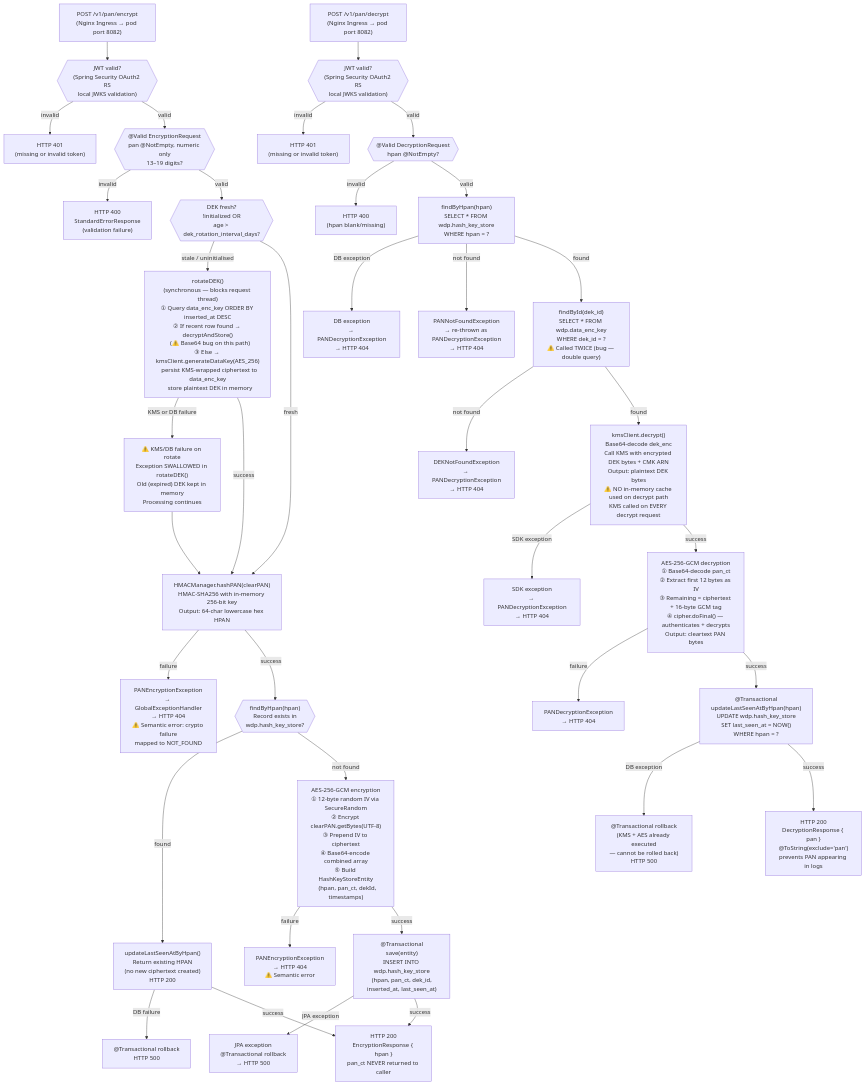
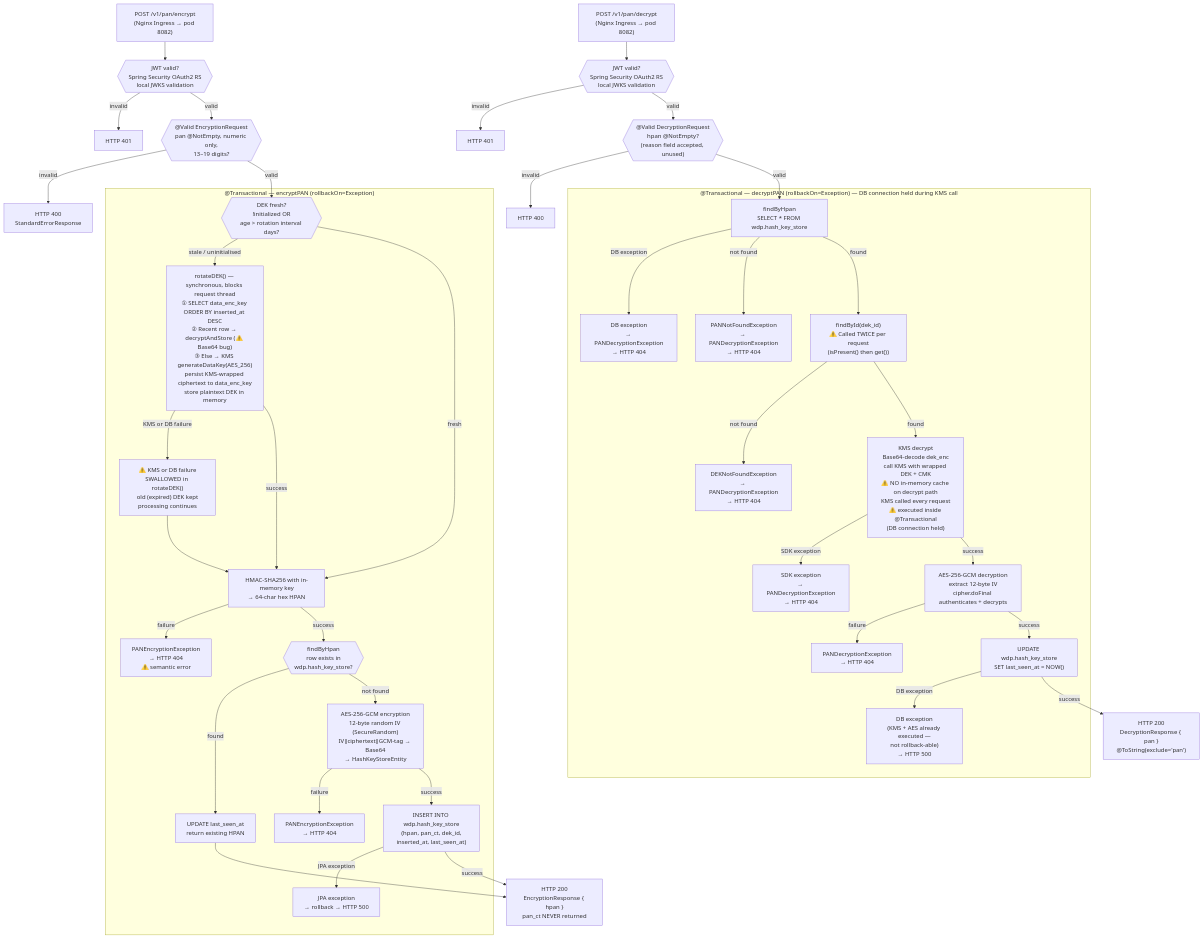
The diagram in components/WDP-COMP-35-ENCRYPTION-SERVICE.md (Ramas0409/DISPUTE-DOCUMENTS), drawn with Mermaid before and after one commit. The commit also changed other lines of this file and 13 other files, not shown here.

````diff
--- a/components/WDP-COMP-35-ENCRYPTION-SERVICE.md
+++ b/components/WDP-COMP-35-ENCRYPTION-SERVICE.md
@@ -60,67 +62,61 @@
 ```mermaid
 flowchart TD
 
-    %% ── ENTRY POINTS ──────────────────────────────────────────
-    IN_ENC["POST /v1/pan/encrypt\n(Nginx Ingress → pod port 8082)"]
-    IN_DEC["POST /v1/pan/decrypt\n(Nginx Ingress → pod port 8082)"]
+    %% ── ENTRY POINTS ─────────────────────────────────────────
+    IN_ENC["POST /v1/pan/encrypt<br/>(Nginx Ingress → pod 8082)"]
+    IN_DEC["POST /v1/pan/decrypt<br/>(Nginx Ingress → pod 8082)"]
 
-    %% ── SHARED AUTH ───────────────────────────────────────────
-    JWT_ENC{{"JWT valid?\n(Spring Security OAuth2 RS\nlocal JWKS validation)"}}
-    JWT_DEC{{"JWT valid?\n(Spring Security OAuth2 RS\nlocal JWKS validation)"}}
-    HTTP401_ENC["HTTP 401\n(missing or invalid token)"]
-    HTTP401_DEC["HTTP 401\n(missing or invalid token)"]
+    %% ── SHARED AUTH ──────────────────────────────────────────
+    JWT_ENC{{"JWT valid?<br/>Spring Security OAuth2 RS<br/>local JWKS validation"}}
+    JWT_DEC{{"JWT valid?<br/>Spring Security OAuth2 RS<br/>local JWKS validation"}}
+    HTTP401_ENC["HTTP 401"]
+    HTTP401_DEC["HTTP 401"]
 
     %% ══════════════════════════════════════════════════════════
     %% PATH 1 — ENCRYPT
     %% ══════════════════════════════════════════════════════════
-    VAL_ENC{{"@Valid EncryptionRequest\npan @NotEmpty, numeric only\n13–19 digits?"}}
-    HTTP400_ENC["HTTP 400\nStandardErrorResponse\n(validation failure)"]
+    VAL_ENC{{"@Valid EncryptionRequest<br/>pan @NotEmpty, numeric only,<br/>13–19 digits?"}}
+    HTTP400_ENC["HTTP 400<br/>StandardErrorResponse"]
 
-    DEK_FRESH{{"DEK fresh?\n!initialized OR\nage > dek_rotation_interval_days?"}}
+    subgraph TX_ENC["@Transactional — encryptPAN (rollbackOn=Exception)"]
+        DEK_FRESH{{"DEK fresh?<br/>!initialized OR<br/>age &gt; rotation interval days?"}}
+        ROTATE["rotateDEK() — synchronous, blocks request thread<br/>① SELECT data_enc_key ORDER BY inserted_at DESC<br/>② Recent row → decryptAndStore (⚠️ Base64 bug)<br/>③ Else → KMS generateDataKey(AES_256)<br/>persist KMS-wrapped ciphertext to data_enc_key<br/>store plaintext DEK in memory"]
+        ROTATE_FAIL["⚠️ KMS or DB failure<br/>SWALLOWED in rotateDEK()<br/>old (expired) DEK kept<br/>processing continues"]
+        HMAC["HMAC-SHA256 with in-memory key<br/>→ 64-char hex HPAN"]
+        HMAC_FAIL["PANEncryptionException<br/>→ HTTP 404<br/>⚠️ semantic error"]
+        IDEM{{"findByHpan<br/>row exists in<br/>wdp.hash_key_store?"}}
+        IDEM_HIT["UPDATE last_seen_at<br/>return existing HPAN"]
+        AES_ENC["AES-256-GCM encryption<br/>12-byte random IV (SecureRandom)<br/>IV‖ciphertext‖GCM-tag → Base64<br/>→ HashKeyStoreEntity"]
+        AES_ENC_FAIL["PANEncryptionException<br/>→ HTTP 404"]
+        PERSIST_ENC["INSERT INTO wdp.hash_key_store<br/>(hpan, pan_ct, dek_id,<br/>inserted_at, last_seen_at)"]
+        PERSIST_FAIL["JPA exception<br/>→ rollback → HTTP 500"]
+    end
 
-    ROTATE["rotateDEK()\n(synchronous — blocks request thread)\n① Query data_enc_key ORDER BY inserted_at DESC\n② If recent row found → decryptAndStore()\n   (⚠️ Base64 bug on this path)\n③ Else → kmsClient.generateDataKey(AES_256)\n   persist KMS-wrapped ciphertext to data_enc_key\n   store plaintext DEK in memory"]
-    ROTATE_FAIL["⚠️ KMS/DB failure on rotate\nException SWALLOWED in rotateDEK()\nOld (expired) DEK kept in memory\nProcessing continues"]
-
-    HMAC["HMACManager.hashPAN(clearPAN)\nHMAC-SHA256 with in-memory 256-bit key\nOutput: 64-char lowercase hex HPAN"]
-    HMAC_FAIL["PANEncryptionException\n→ GlobalExceptionHandler\n→ HTTP 404\n⚠️ Semantic error: crypto failure\nmapped to NOT_FOUND"]
-
-    IDEM{{"findByHpan(hpan)\nRecord exists in\nwdp.hash_key_store?"}}
-    IDEM_HIT["updateLastSeenAtByHpan()\nReturn existing HPAN\n(no new ciphertext created)\nHTTP 200"]
-    IDEM_HIT_FAIL["@Transactional rollback\nHTTP 500"]
-
-    AES_ENC["AES-256-GCM encryption\n① 12-byte random IV via SecureRandom\n② Encrypt clearPAN.getBytes(UTF-8)\n③ Prepend IV to ciphertext\n④ Base64-encode combined array\n⑤ Build HashKeyStoreEntity\n   (hpan, pan_ct, dekId, timestamps)"]
-    AES_ENC_FAIL["PANEncryptionException\n→ HTTP 404\n⚠️ Semantic error"]
-
-    PERSIST_ENC["@Transactional\nsave(entity)\nINSERT INTO wdp.hash_key_store\n(hpan, pan_ct, dek_id,\ninserted_at, last_seen_at)"]
-    PERSIST_FAIL["JPA exception\n@Transactional rollback\n→ HTTP 500"]
-
-    RESP_ENC["HTTP 200\nEncryptionResponse { hpan }\npan_ct NEVER returned to caller"]
+    RESP_ENC["HTTP 200<br/>EncryptionResponse { hpan }<br/>pan_ct NEVER returned"]
 
     %% ══════════════════════════════════════════════════════════
     %% PATH 2 — DECRYPT
     %% ══════════════════════════════════════════════════════════
-    VAL_DEC{{"@Valid DecryptionRequest\nhpan @NotEmpty?"}}
-    HTTP400_DEC["HTTP 400\n(hpan blank/missing)"]
+    VAL_DEC{{"@Valid DecryptionRequest<br/>hpan @NotEmpty?<br/>(reason field accepted, unused)"}}
+    HTTP400_DEC["HTTP 400"]
 
-    LOOKUP_HPAN["findByHpan(hpan)\nSELECT * FROM wdp.hash_key_store\nWHERE hpan = ?"]
-    LOOKUP_HPAN_MISS["PANNotFoundException\n→ re-thrown as PANDecryptionException\n→ HTTP 404"]
-    LOOKUP_HPAN_DBFAIL["DB exception\n→ PANDecryptionException\n→ HTTP 404"]
+    subgraph TX_DEC["@Transactional — decryptPAN (rollbackOn=Exception) — DB connection held during KMS call"]
+        LOOKUP_HPAN["findByHpan<br/>SELECT * FROM wdp.hash_key_store"]
+        LOOKUP_HPAN_MISS["PANNotFoundException<br/>→ PANDecryptionException<br/>→ HTTP 404"]
+        LOOKUP_HPAN_DBFAIL["DB exception<br/>→ PANDecryptionException<br/>→ HTTP 404"]
+        LOOKUP_DEK["findById(dek_id)<br/>⚠️ Called TWICE per request<br/>(isPresent() then get())"]
+        LOOKUP_DEK_MISS["DEKNotFoundException<br/>→ PANDecryptionException<br/>→ HTTP 404"]
+        KMS_DEC["KMS decrypt<br/>Base64-decode dek_enc<br/>call KMS with wrapped DEK + CMK<br/>⚠️ NO in-memory cache on decrypt path<br/>KMS called every request<br/>⚠️ executed inside @Transactional<br/>(DB connection held)"]
+        KMS_DEC_FAIL["SDK exception<br/>→ PANDecryptionException<br/>→ HTTP 404"]
+        AES_DEC["AES-256-GCM decryption<br/>extract 12-byte IV<br/>cipher.doFinal authenticates + decrypts"]
+        AES_DEC_FAIL["PANDecryptionException<br/>→ HTTP 404"]
+        TOUCH["UPDATE wdp.hash_key_store<br/>SET last_seen_at = NOW()"]
+        TOUCH_FAIL["DB exception<br/>(KMS + AES already executed —<br/>not rollback-able)<br/>→ HTTP 500"]
+    end
 
-    LOOKUP_DEK["findById(dek_id)\nSELECT * FROM wdp.data_enc_key\nWHERE dek_id = ?\n⚠️ Called TWICE (bug — double query)"]
-    LOOKUP_DEK_MISS["DEKNotFoundException\n→ PANDecryptionException\n→ HTTP 404"]
+    RESP_DEC["HTTP 200<br/>DecryptionResponse { pan }<br/>@ToString(exclude='pan')"]
 
-    KMS_DEC["kmsClient.decrypt()\nBase64-decode dek_enc\nCall KMS with encrypted DEK bytes + CMK ARN\nOutput: plaintext DEK bytes\n⚠️ NO in-memory cache used on decrypt path\nKMS called on EVERY decrypt request"]
-    KMS_DEC_FAIL["SDK exception\n→ PANDecryptionException\n→ HTTP 404"]
-
-    AES_DEC["AES-256-GCM decryption\n① Base64-decode pan_ct\n② Extract first 12 bytes as IV\n③ Remaining = ciphertext + 16-byte GCM tag\n④ cipher.doFinal() — authenticates + decrypts\nOutput: cleartext PAN bytes"]
-    AES_DEC_FAIL["PANDecryptionException\n→ HTTP 404"]
-
-    TOUCH["@Transactional\nupdateLastSeenAtByHpan(hpan)\nUPDATE wdp.hash_key_store\nSET last_seen_at = NOW()\nWHERE hpan = ?"]
-    TOUCH_FAIL["@Transactional rollback\n(KMS + AES already executed\n— cannot be rolled back)\nHTTP 500"]
-
-    RESP_DEC["HTTP 200\nDecryptionResponse { pan }\n@ToString(exclude='pan')\nprevents PAN appearing in logs"]
-
-    %% ── CONNECTIONS: ENCRYPT PATH ─────────────────────────────
+    %% ── CONNECTIONS: ENCRYPT ─────────────────────────────────
     IN_ENC --> JWT_ENC
     JWT_ENC -->|"invalid"| HTTP401_ENC
     JWT_ENC -->|"valid"| VAL_ENC
@@ -134,15 +130,14 @@
     HMAC -->|"failure"| HMAC_FAIL
     HMAC -->|"success"| IDEM
     IDEM -->|"found"| IDEM_HIT
-    IDEM_HIT -->|"DB failure"| IDEM_HIT_FAIL
-    IDEM_HIT -->|"success"| RESP_ENC
+    IDEM_HIT --> RESP_ENC
     IDEM -->|"not found"| AES_ENC
     AES_ENC -->|"failure"| AES_ENC_FAIL
     AES_ENC -->|"success"| PERSIST_ENC
     PERSIST_ENC -->|"JPA exception"| PERSIST_FAIL
     PERSIST_ENC -->|"success"| RESP_ENC
 
-    %% ── CONNECTIONS: DECRYPT PATH ─────────────────────────────
+    %% ── CONNECTIONS: DECRYPT ─────────────────────────────────
     IN_DEC --> JWT_DEC
     JWT_DEC -->|"invalid"| HTTP401_DEC
     JWT_DEC -->|"valid"| VAL_DEC
````
